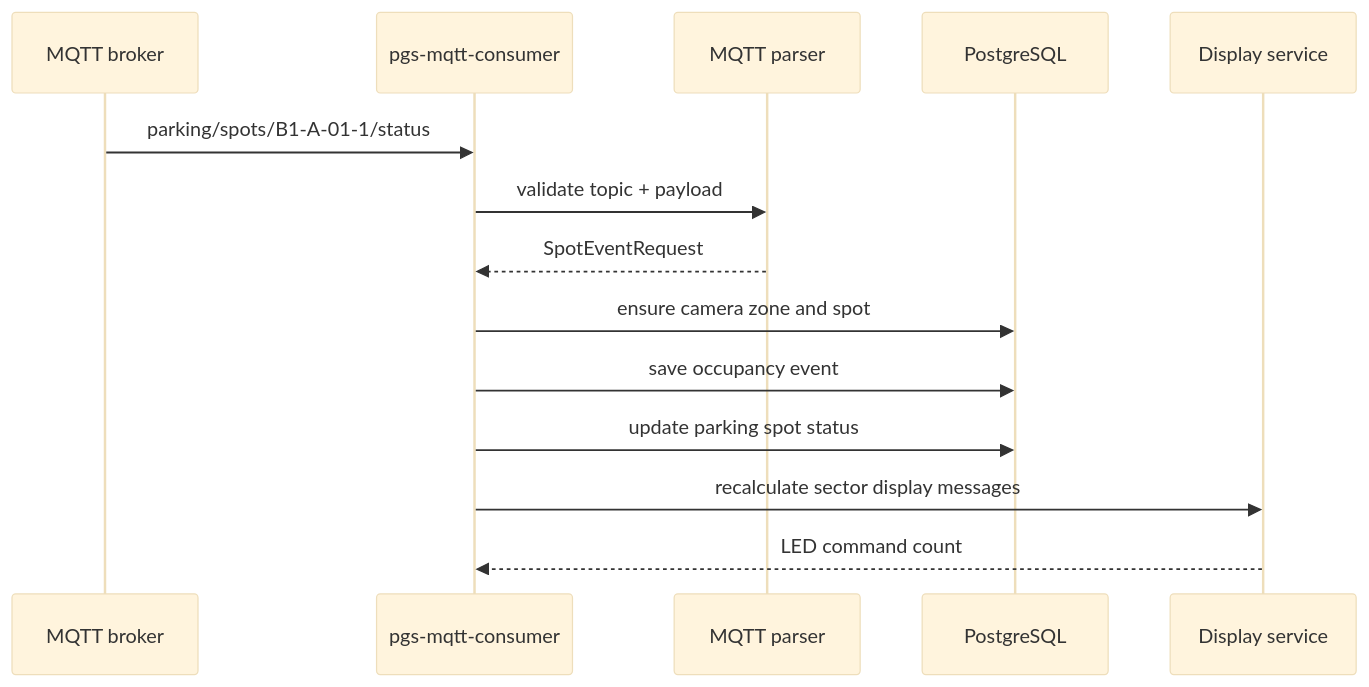
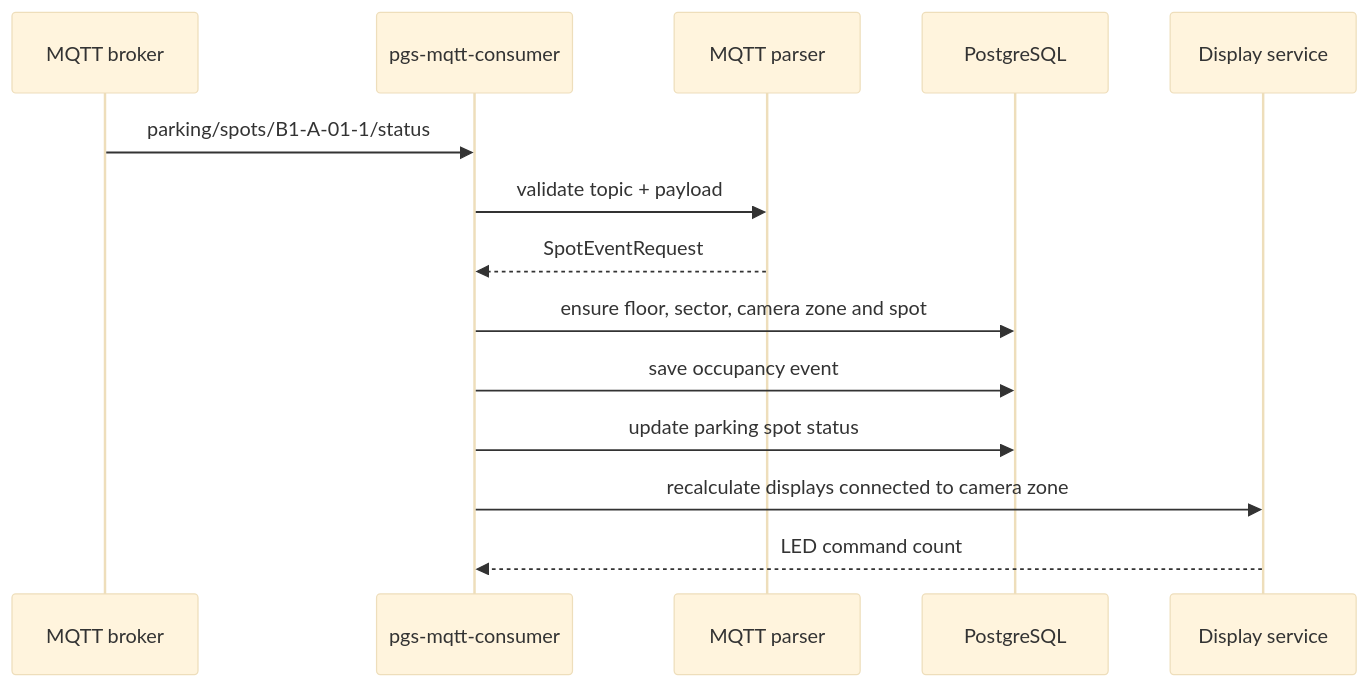
Before and after one commit to marlenovtilek/pgs: the fourth of 5 diagrams in README.md, drawn with Mermaid (base theme). The commit also changed other lines of this file and 26 other files, not shown here.

````diff
--- a/README.md
+++ b/README.md
@@ -265,17 +276,17 @@
 ```mermaid
 sequenceDiagram
     participant MQTT as MQTT broker
     participant Consumer as pgs-mqtt-consumer
     participant Parser as MQTT parser
     participant DB as PostgreSQL
     participant LED as Display service
 
     MQTT->>Consumer: parking/spots/B1-A-01-1/status
     Consumer->>Parser: validate topic + payload
     Parser-->>Consumer: SpotEventRequest
-    Consumer->>DB: ensure camera zone and spot
+    Consumer->>DB: ensure floor, sector, camera zone and spot
     Consumer->>DB: save occupancy event
     Consumer->>DB: update parking spot status
-    Consumer->>LED: recalculate sector display messages
+    Consumer->>LED: recalculate displays connected to camera zone
     LED-->>Consumer: LED command count
 ```
````
